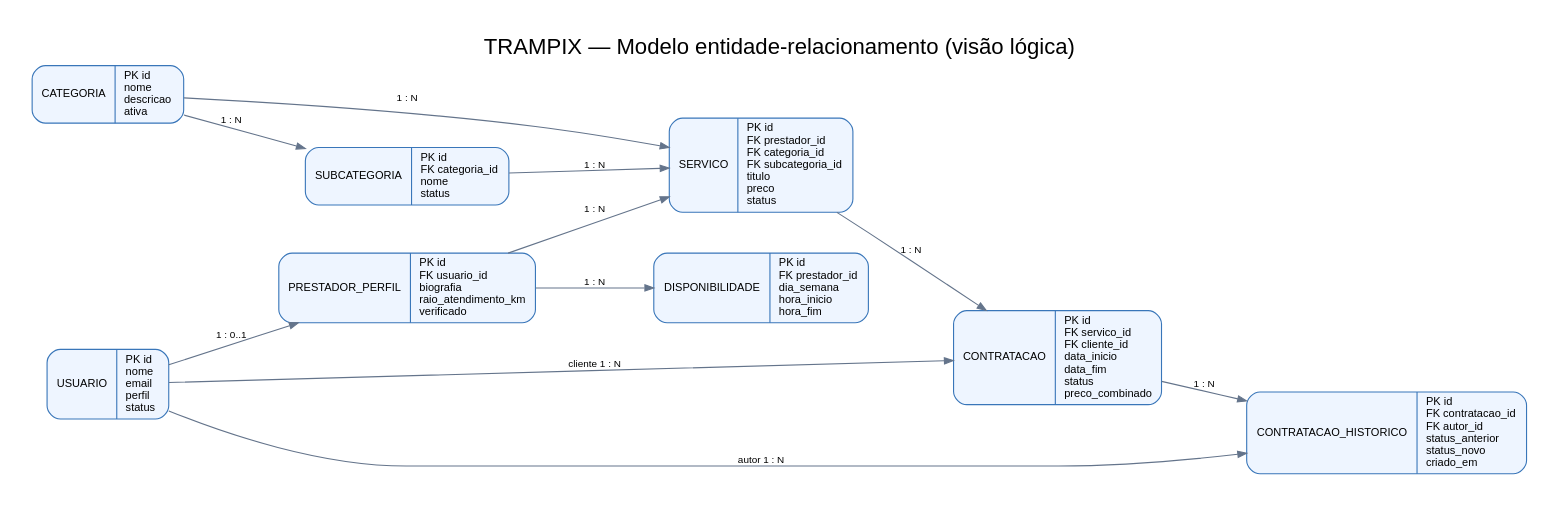
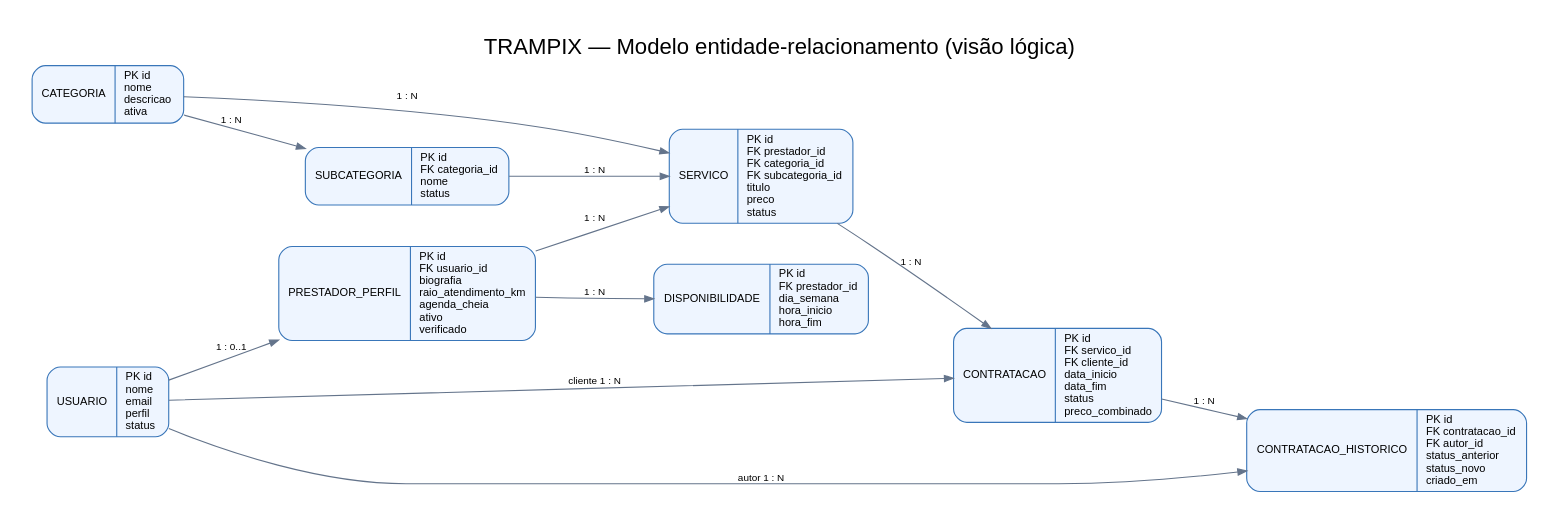
One commit to MiguelUnifio/projeto_trampix changed the diagram in docs/modelo-dados.dot. Above: the diagram before and after it, drawn with Graphviz. The commit also changed 44 other files, not shown here.

```diff
--- a/docs/modelo-dados.dot
+++ b/docs/modelo-dados.dot
@@ -1,23 +1,23 @@
 digraph Trampix {
   graph [rankdir=LR, bgcolor="white", pad="0.3", nodesep="0.5", ranksep="0.8", label="TRAMPIX — Modelo entidade-relacionamento (visão lógica)", labelloc=t, fontsize=20, fontname="Arial"];
   node [shape=record, style="rounded,filled", fillcolor="#eef5ff", color="#3976b9", fontname="Arial", fontsize=10];
   edge [color="#64748b", fontname="Arial", fontsize=9, arrowsize=0.8];
   Usuario [label="{USUARIO|PK id\l nome\l email\l perfil\l status\l}"];
-  PrestadorPerfil [label="{PRESTADOR_PERFIL|PK id\l FK usuario_id\l biografia\l raio_atendimento_km\l verificado\l}"];
+  PrestadorPerfil [label="{PRESTADOR_PERFIL|PK id\l FK usuario_id\l biografia\l raio_atendimento_km\l agenda_cheia\l ativo\l verificado\l}"];
   Categoria [label="{CATEGORIA|PK id\l nome\l descricao\l ativa\l}"];
   Subcategoria [label="{SUBCATEGORIA|PK id\l FK categoria_id\l nome\l status\l}"];
   Servico [label="{SERVICO|PK id\l FK prestador_id\l FK categoria_id\l FK subcategoria_id\l titulo\l preco\l status\l}"];
   Disponibilidade [label="{DISPONIBILIDADE|PK id\l FK prestador_id\l dia_semana\l hora_inicio\l hora_fim\l}"];
   Contratacao [label="{CONTRATACAO|PK id\l FK servico_id\l FK cliente_id\l data_inicio\l data_fim\l status\l preco_combinado\l}"];
   ContratacaoHistorico [label="{CONTRATACAO_HISTORICO|PK id\l FK contratacao_id\l FK autor_id\l status_anterior\l status_novo\l criado_em\l}"];
   Usuario -> PrestadorPerfil [label="1 : 0..1"];
   PrestadorPerfil -> Servico [label="1 : N"];
   Categoria -> Subcategoria [label="1 : N"];
   Categoria -> Servico [label="1 : N"];
   Subcategoria -> Servico [label="1 : N"];
   PrestadorPerfil -> Disponibilidade [label="1 : N"];
   Servico -> Contratacao [label="1 : N"];
   Usuario -> Contratacao [label="cliente 1 : N"];
   Contratacao -> ContratacaoHistorico [label="1 : N"];
   Usuario -> ContratacaoHistorico [label="autor 1 : N"];
 }
```
